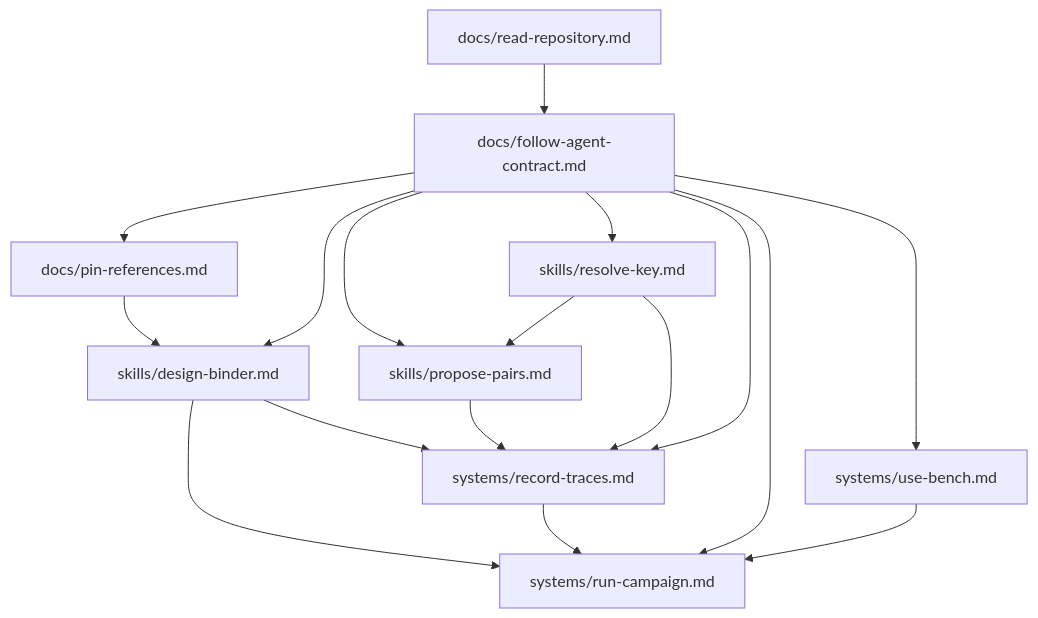
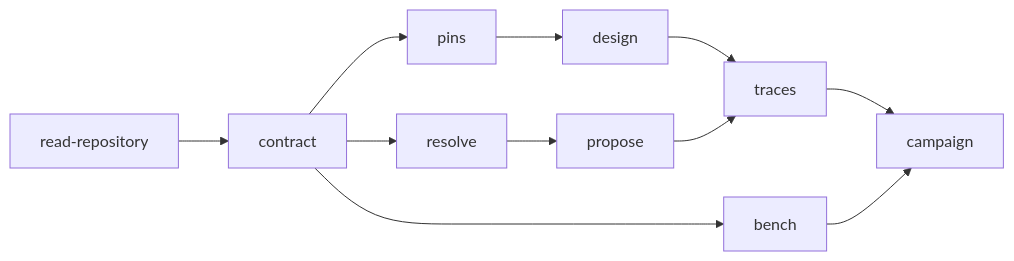
The diagram in docs/read-repository.md (wetware-hq/catalog), drawn with Mermaid before and after one commit. The commit also changed other lines of this file and 10 other files, not shown here.

Commit message:
Minimize live-run documentation graph

````diff
--- a/docs/read-repository.md
+++ b/docs/read-repository.md
@@ -28,19 +21,7 @@
 ```mermaid
-flowchart TD
-    start["docs/read-repository.md"] --> contract["docs/follow-agent-contract.md"]
-    contract --> pins["docs/pin-references.md"]
-    contract --> design["skills/design-binder.md"]
-    contract --> propose["skills/propose-pairs.md"]
-    contract --> resolve["skills/resolve-key.md"]
-    contract --> traces["systems/record-traces.md"]
-    contract --> campaign["systems/run-campaign.md"]
-    contract --> bench["systems/use-bench.md"]
-    pins --> design
-    resolve --> propose
-    resolve --> traces
-    propose --> traces
-    design --> campaign
-    design --> traces
-    bench --> campaign
-    traces --> campaign
+flowchart LR
+    R["read-repository"] --> C["contract"]
+    C --> P["pins"] --> D["design"] --> T["traces"] --> X["campaign"]
+    C --> K["resolve"] --> I["propose"] --> T
+    C --> B["bench"] --> X
 ```
````
